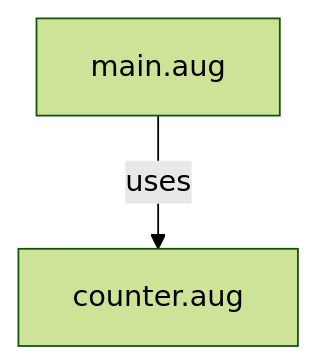
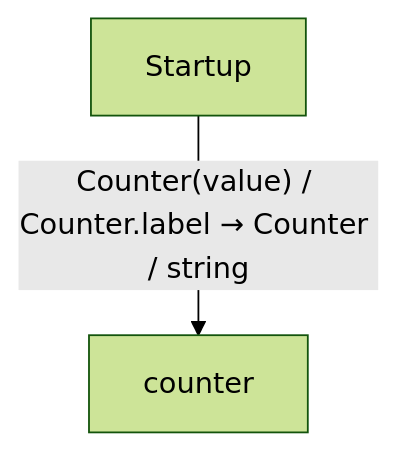
Before and after one commit to GreenPandaStudios/augscript: the diagram in docs/examples/visibility/diagrams/index.md, drawn with Mermaid (forest theme). The commit also changed other lines of this file and 524 other files, not shown here.

Commit message:
Explain checked data flow at folder and service levels

````diff
--- a/docs/examples/visibility/diagrams/index.md
+++ b/docs/examples/visibility/diagrams/index.md
@@ -29,6 +19,6 @@
 ```mermaid
 flowchart TD
-    n0["counter.aug"]
-    n1["main.aug"]
-    n1 -->|"uses"| n0
+    n0["counter"]
+    n1["Startup"]
+    n1 -->|"Counter(value) / Counter.label → Counter / string"| n0
 ```
````
